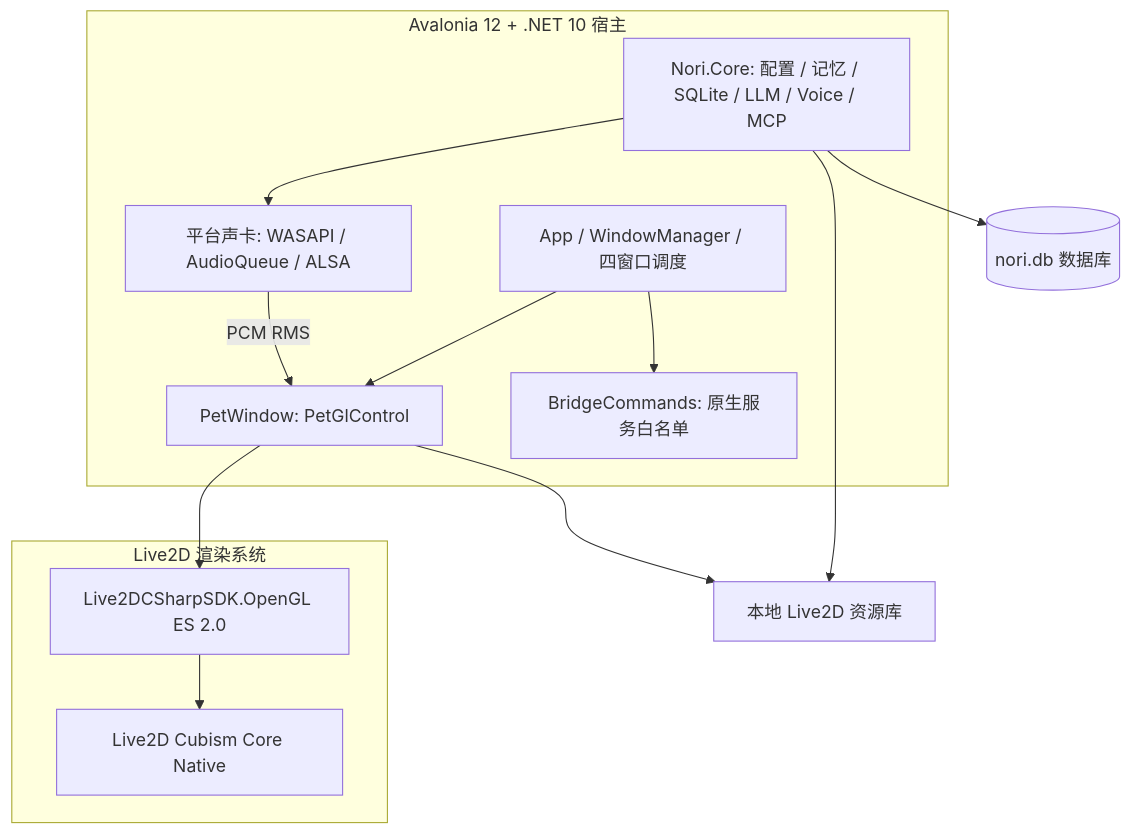
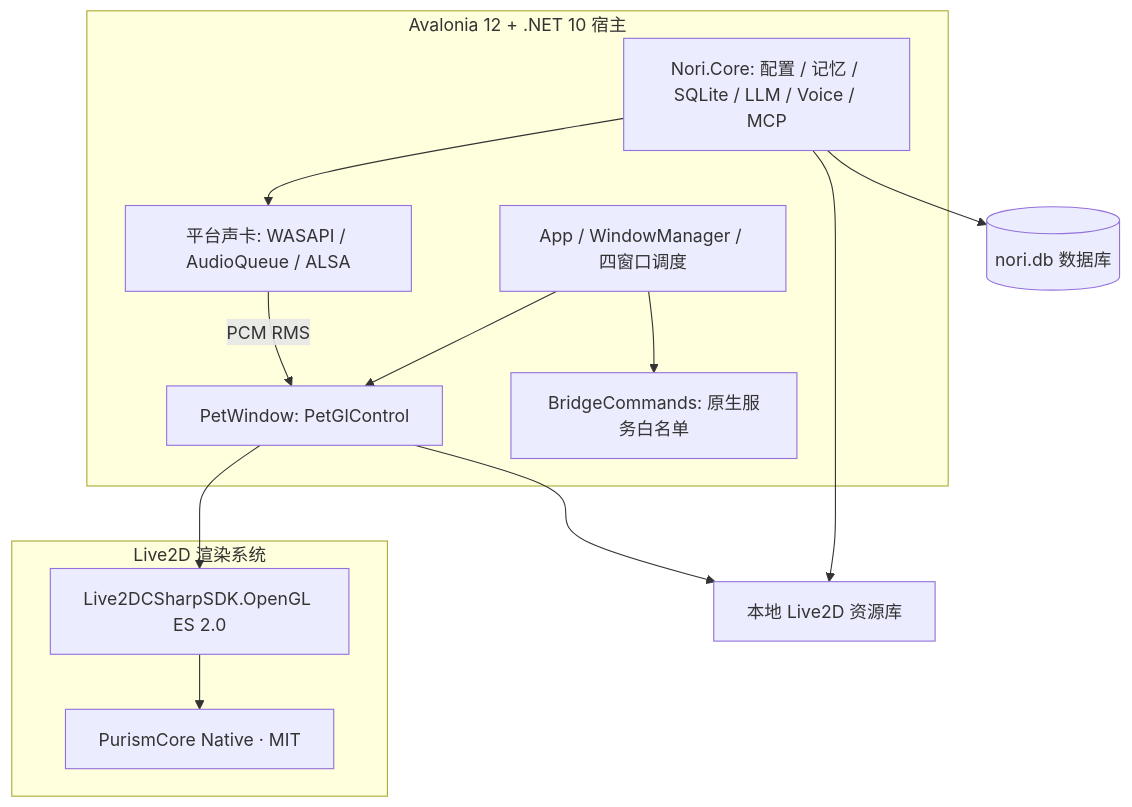
The diagram in README.md (Cloudnyco/Nori.Desktop), drawn with Mermaid before and after one commit. The commit also changed other lines of this file and 22 other files, not shown here.

Commit message:
refactor: 使用 PurismCore 替换官方 Cubism Core

````diff
--- a/README.md
+++ b/README.md
@@ -95,25 +95,25 @@
 ```mermaid
 flowchart TD
     subgraph Host[Avalonia 12 + .NET 10 宿主]
         app[App / WindowManager / 四窗口调度]
         petWin[PetWindow: PetGlControl]
         bridge[BridgeCommands: 原生服务白名单]
         audio[平台声卡: WASAPI / AudioQueue / ALSA]
         core[Nori.Core: 配置 / 记忆 / SQLite / LLM / Voice / MCP]
     end
 
     subgraph Live2DCore[Live2D 渲染系统]
-        cubism[Live2D Cubism Core Native]
+        cubism[PurismCore Native · MIT]
         sdk[Live2DCSharpSDK.OpenGL ES 2.0]
     end
 
     app --> petWin
     app --> bridge
     petWin --> sdk
     sdk --> cubism
     core --> audio
     audio -- PCM RMS --> petWin
     core --> SQLite[(nori.db 数据库)]
     core --> models[本地 Live2D 资源库]
     petWin --> models
 ```
````
